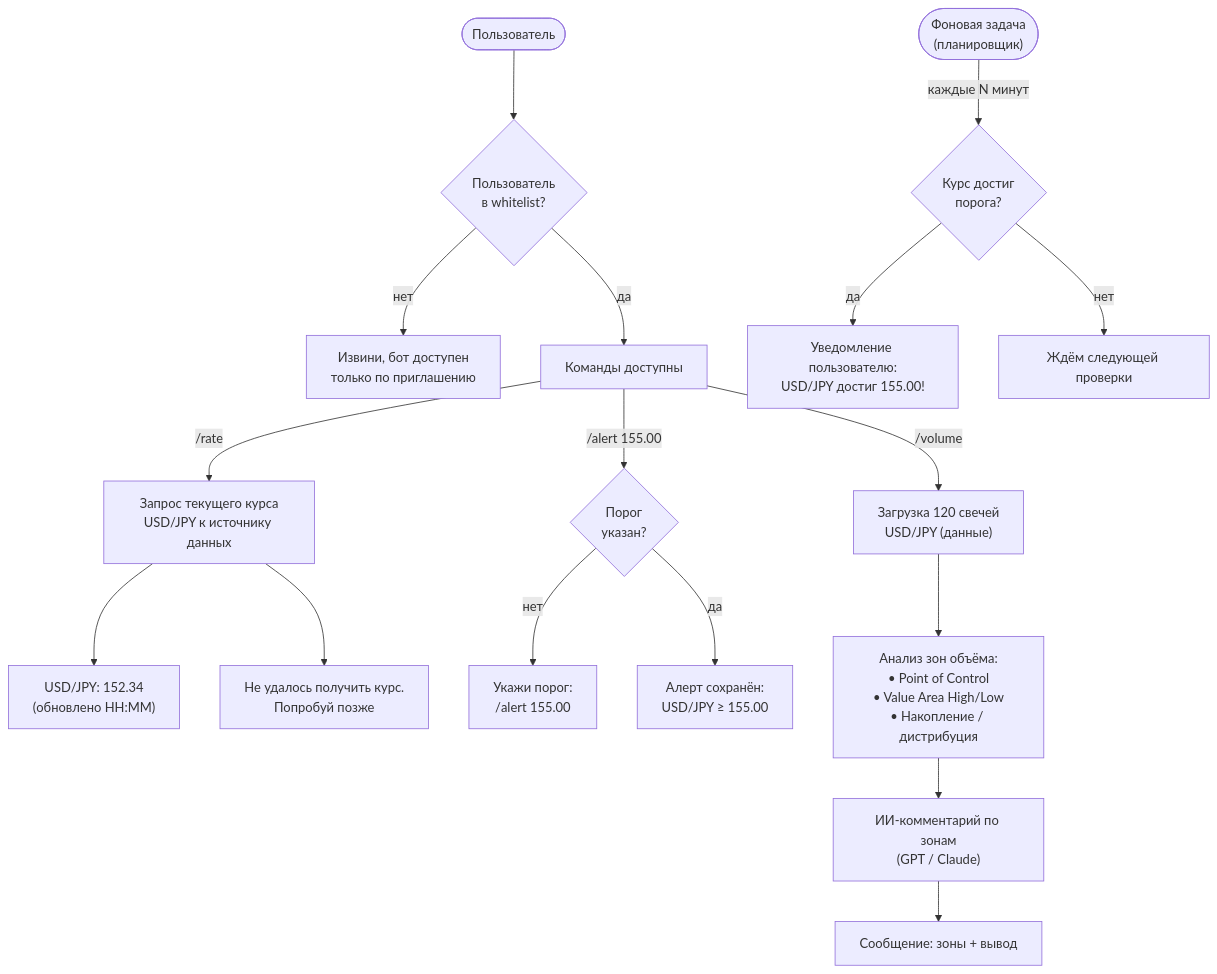
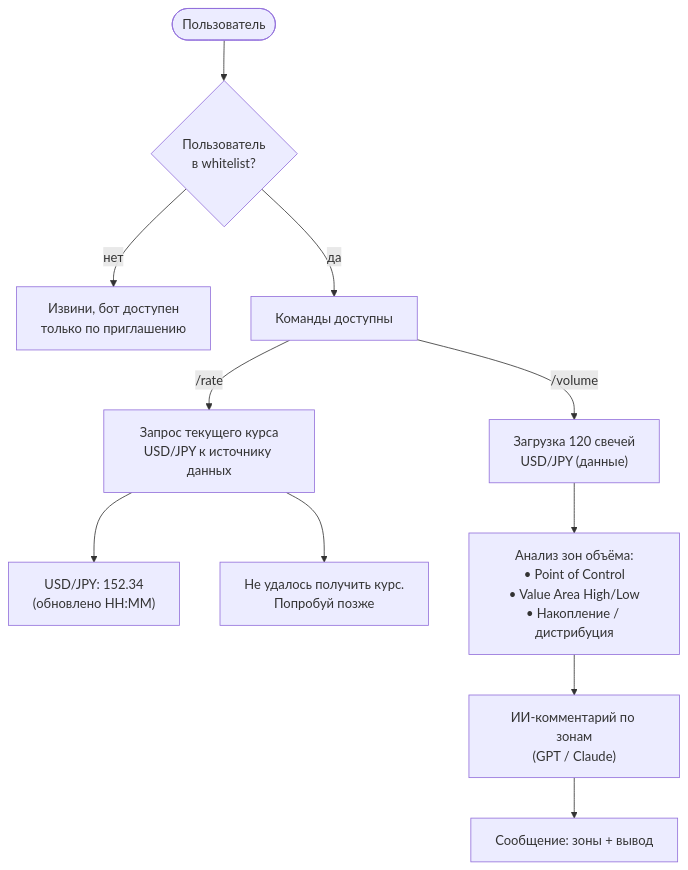
One commit to Shanya111/iron-wake changed the fifth of 5 diagrams in CLAUDE.md. Above: the diagram before and after it, drawn with Mermaid. The commit also changed other lines of this file and 3 other files, not shown here.

````diff
--- a/CLAUDE.md
+++ b/CLAUDE.md
@@ -151,30 +248,20 @@
 ```mermaid
 flowchart TD
     U(["Пользователь"])
 
     %% Whitelist
     U --> WL{Пользователь\nв whitelist?}
     WL -->|нет| DENY["Извини, бот доступен\nтолько по приглашению"]
     WL -->|да| CMD["Команды доступны"]
 
     %% /rate
     CMD -->|"/rate"| RATE["Запрос текущего курса\nUSD/JPY к источнику данных"]
     RATE --> RATE_OK["USD/JPY: 152.34\n(обновлено HH:MM)"]
     RATE --> RATE_ERR["Не удалось получить курс.\nПопробуй позже"]
 
-    %% /alert
-    CMD -->|"/alert 155.00"| ALC{Порог\nуказан?}
-    ALC -->|нет| ALC_ERR["Укажи порог:\n/alert 155.00"]
-    ALC -->|да| ALC_SAVE["Алерт сохранён:\nUSD/JPY ≥ 155.00"]
-
-    BACKGROUND(["Фоновая задача\n(планировщик)"])
-    BACKGROUND -->|каждые N минут| CHECK{Курс достиг\nпорога?}
-    CHECK -->|да| NOTIFY["Уведомление пользователю:\nUSD/JPY достиг 155.00!"]
-    CHECK -->|нет| WAIT["Ждём следующей проверки"]
-
     %% /volume
     CMD -->|"/volume"| VOL["Загрузка 120 свечей\nUSD/JPY (данные)"]
     VOL --> VOL_CALC["Анализ зон объёма:\n• Point of Control\n• Value Area High/Low\n• Накопление / дистрибуция"]
     VOL_CALC --> VOL_AI["ИИ-комментарий по зонам\n(GPT / Claude)"]
     VOL_AI --> VOL_OUT["Сообщение: зоны + вывод"]
 ```
````
